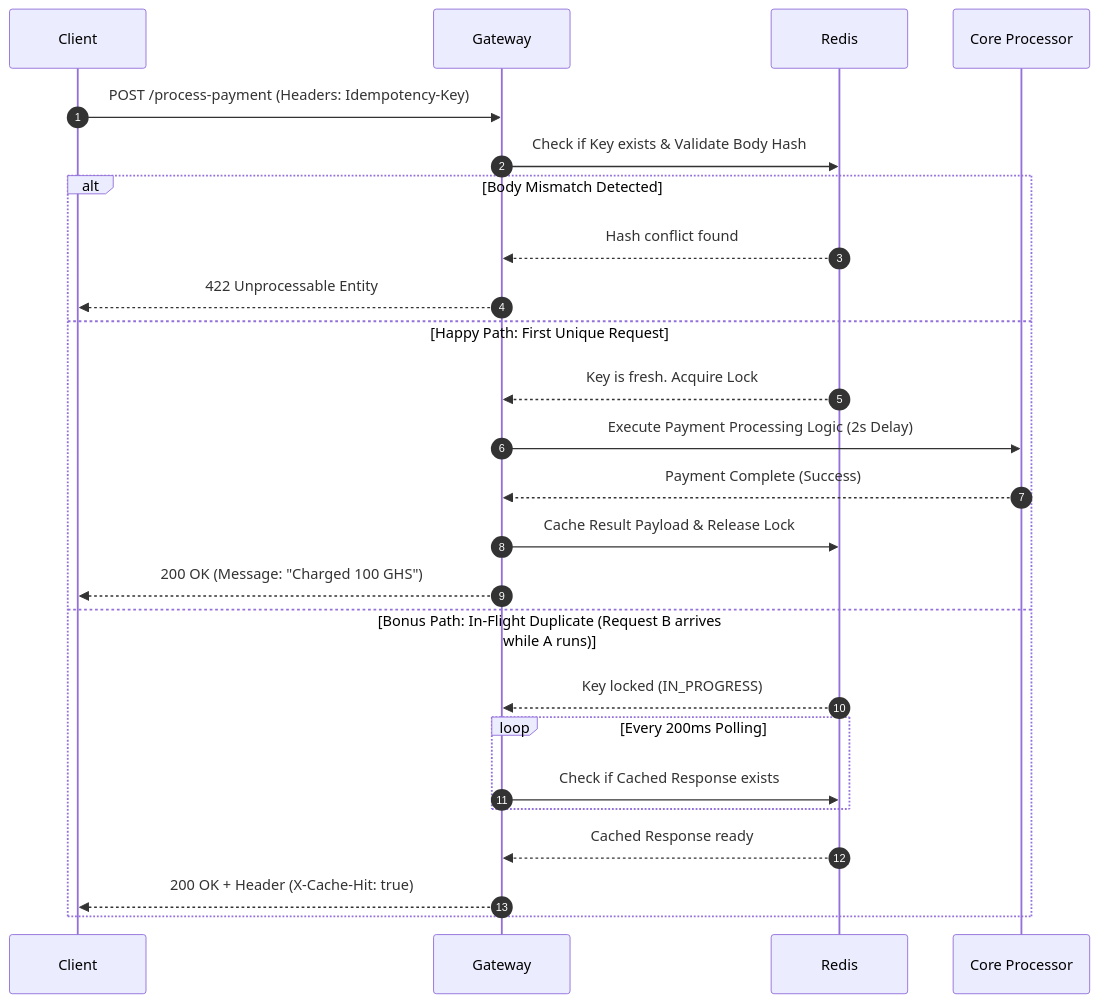
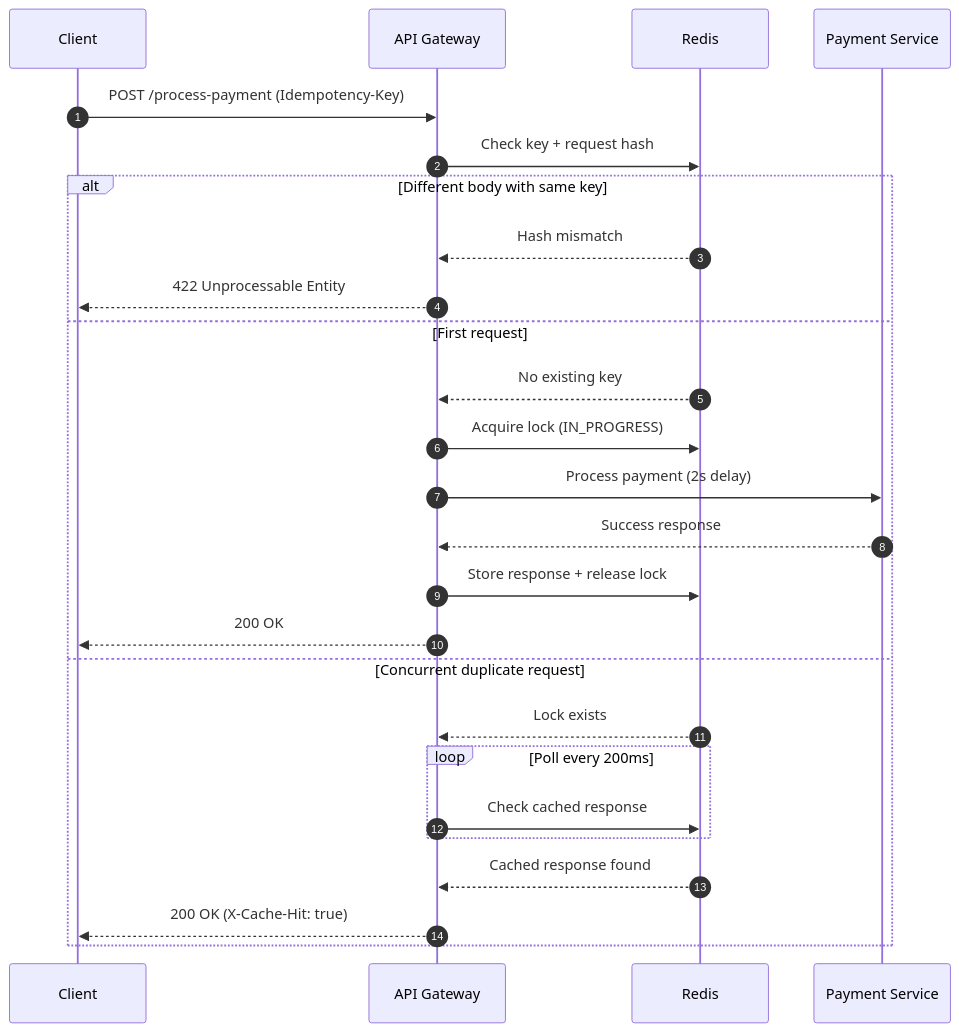
One commit to ismail-jr/Idempotency-Gateway changed the diagram in README.md. Above: the diagram before and after it, drawn with Mermaid. The commit also changed other lines of this file and 4 other files, not shown here.

````diff
--- a/README.md
+++ b/README.md
@@ -11,24 +11,25 @@
 ```mermaid
 sequenceDiagram
     autonumber
-    Client->>Gateway: POST /process-payment (Headers: Idempotency-Key)
-    Gateway->>Redis: Check if Key exists & Validate Body Hash
+    Client->>API Gateway: POST /process-payment (Idempotency-Key)
+    API Gateway->>Redis: Check key + request hash
 
-    alt Body Mismatch Detected
-        Redis-->>Gateway: Hash conflict found
-        Gateway-->>Client: 422 Unprocessable Entity
-    else Happy Path: First Unique Request
-        Redis-->>Gateway: Key is fresh. Acquire Lock
-        Gateway->>Core Processor: Execute Payment Processing Logic (2s Delay)
-        Core Processor-->>Gateway: Payment Complete (Success)
-        Gateway->>Redis: Cache Result Payload & Release Lock
-        Gateway-->>Client: 200 OK (Message: "Charged 100 GHS")
-    else Bonus Path: In-Flight Duplicate (Request B arrives while A runs)
-        Redis-->>Gateway: Key locked (IN_PROGRESS)
-        loop Every 200ms Polling
-            Gateway->>Redis: Check if Cached Response exists
+    alt Different body with same key
+        Redis-->>API Gateway: Hash mismatch
+        API Gateway-->>Client: 422 Unprocessable Entity
+    else First request
+        Redis-->>API Gateway: No existing key
+        API Gateway->>Redis: Acquire lock (IN_PROGRESS)
+        API Gateway->>Payment Service: Process payment (2s delay)
+        Payment Service-->>API Gateway: Success response
+        API Gateway->>Redis: Store response + release lock
+        API Gateway-->>Client: 200 OK
+    else Concurrent duplicate request
+        Redis-->>API Gateway: Lock exists
+        loop Poll every 200ms
+            API Gateway->>Redis: Check cached response
         end
-        Redis-->>Gateway: Cached Response ready
-        Gateway-->>Client: 200 OK + Header (X-Cache-Hit: true)
+        Redis-->>API Gateway: Cached response found
+        API Gateway-->>Client: 200 OK (X-Cache-Hit: true)
     end
 ```
````
